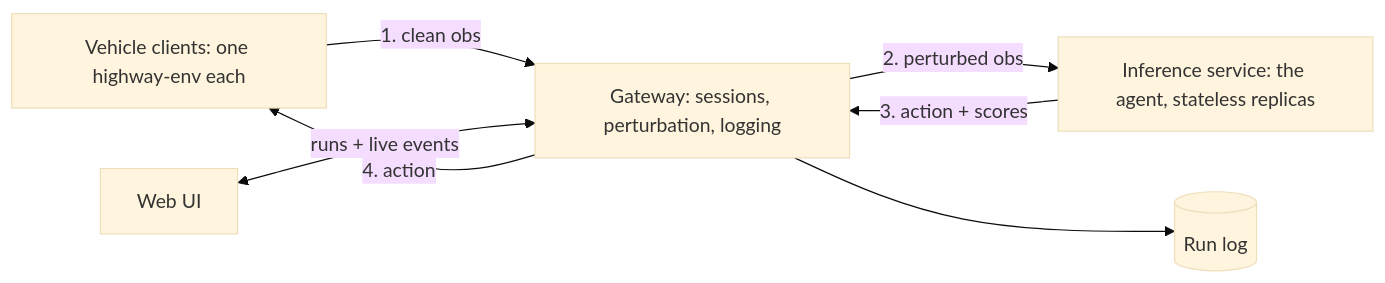
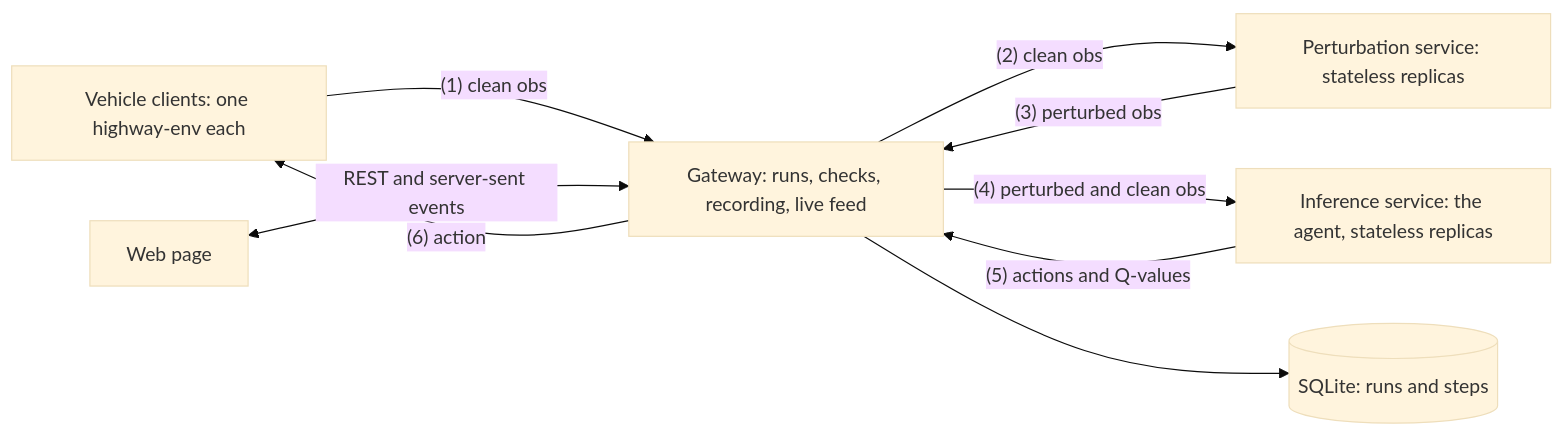
One commit to Internet-CADS/P7-Internet-Connected-Autonomous-Driving-System changed the diagram in docs/SPEC.md. Above: the diagram before and after it, drawn with Mermaid (base theme). The commit also changed other lines of this file and 97 other files, not shown here.

First line of the commit message:
feat: services, gateway, vehicle client, page, experiments and load generator

````diff
--- a/docs/SPEC.md
+++ b/docs/SPEC.md
@@ -35,9 +35,11 @@
 ```mermaid
 flowchart LR
-    V[Vehicle clients: one highway-env each] -->|1. clean obs| G[Gateway: sessions, perturbation, logging]
-    G -->|2. perturbed obs| I[Inference service: the agent, stateless replicas]
-    I -->|3. action + scores| G
-    G -->|4. action| V
-    G --> DB[(Run log)]
-    UI[Web UI] <-->|runs + live events| G
+    V["Vehicle clients: one highway-env each"] -->|"(1) clean obs"| G["Gateway: runs, checks, recording, live feed"]
+    G -->|"(2) clean obs"| P["Perturbation service: stateless replicas"]
+    P -->|"(3) perturbed obs"| G
+    G -->|"(4) perturbed and clean obs"| I["Inference service: the agent, stateless replicas"]
+    I -->|"(5) actions and Q-values"| G
+    G -->|"(6) action"| V
+    G --> DB[("SQLite: runs and steps")]
+    UI["Web page"] <-->|"REST and server-sent events"| G
 ```
````
